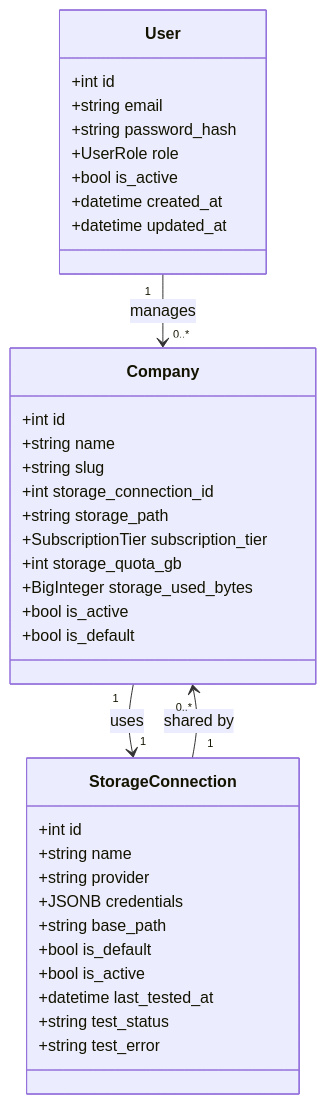
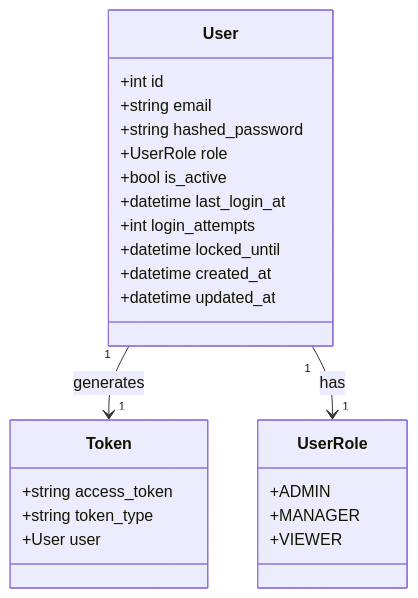
The second of 7 diagrams in .qoder/repowiki/en/content/Authentication & Authorization/Authentication & Authorization.md (fegerV/ARV), drawn with Mermaid before and after one commit. The commit also changed other lines of this file and 21 other files, not shown here.

````diff
--- a/.qoder/repowiki/en/content/Authentication & Authorization/Authentication & Authorization.md
+++ b/.qoder/repowiki/en/content/Authentication & Authorization/Authentication & Authorization.md
@@ -70,39 +89,27 @@
 ```mermaid
 classDiagram
 class User {
 +int id
 +string email
-+string password_hash
++string hashed_password
 +UserRole role
 +bool is_active
++datetime last_login_at
++int login_attempts
++datetime locked_until
 +datetime created_at
 +datetime updated_at
 }
-class Company {
-+int id
-+string name
-+string slug
-+int storage_connection_id
-+string storage_path
-+SubscriptionTier subscription_tier
-+int storage_quota_gb
-+BigInteger storage_used_bytes
-+bool is_active
-+bool is_default
+class Token {
++string access_token
++string token_type
++User user
 }
-class StorageConnection {
-+int id
-+string name
-+string provider
-+JSONB credentials
-+string base_path
-+bool is_default
-+bool is_active
-+datetime last_tested_at
-+string test_status
-+string test_error
+class UserRole {
++ADMIN
++MANAGER
++VIEWER
 }
-User "1" --> "0..*" Company : manages
-Company "1" --> "1" StorageConnection : uses
-StorageConnection "1" --> "0..*" Company : shared by
+User "1" --> "1" Token : generates
+User "1" --> "1" UserRole : has
 ```
````
